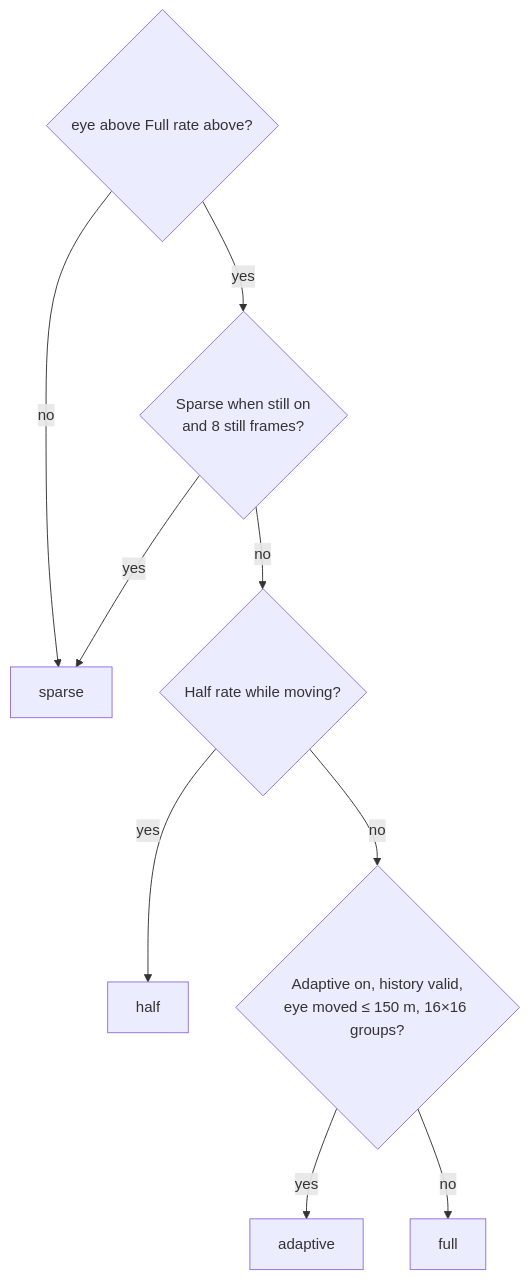
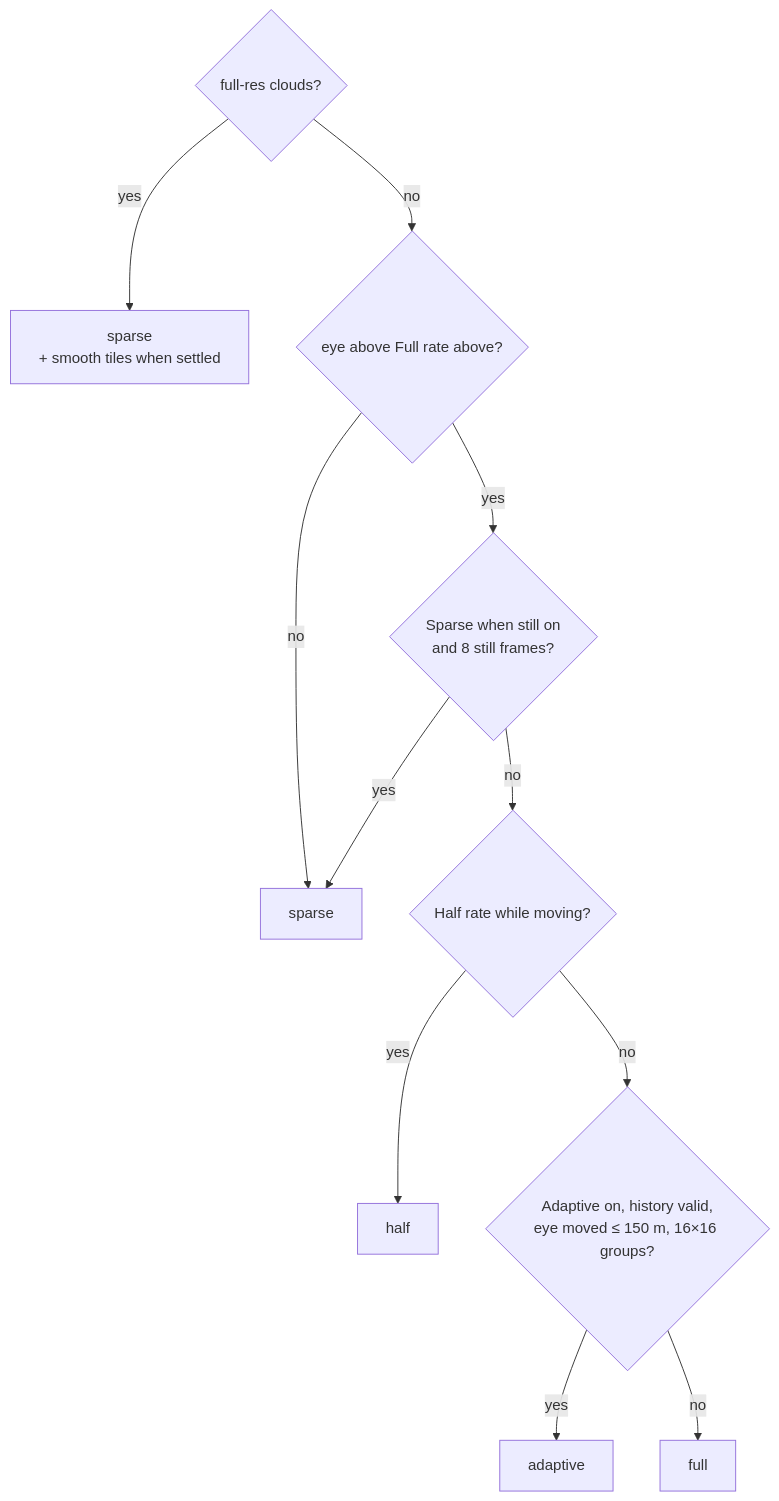
One commit to largepizza/SAT_LIGHT_SIM changed the second of 2 diagrams in wiki/rendering/clouds/temporal.md. Above: the diagram before and after it, drawn with Mermaid. The commit also changed other lines of this file and 4 other files, not shown here.

Commit message:
wiki: clouds pages: Sun transmittance volume, multiple scattering, full-res grid, storms in the cloud field

````diff
--- a/wiki/rendering/clouds/temporal.md
+++ b/wiki/rendering/clouds/temporal.md
@@ -65,11 +114,13 @@
 ```mermaid
 flowchart TD
-  H{eye above Full rate above?} -- no --> SP[sparse]
+  FR{full-res clouds?} -- yes --> SP[sparse<br/>+ smooth tiles when settled]
+  FR -- no --> H{eye above Full rate above?}
+  H -- no --> SP2[sparse]
   H -- yes --> ST{Sparse when still on<br/>and 8 still frames?}
-  ST -- yes --> SP
+  ST -- yes --> SP2
   ST -- no --> HR{Half rate while moving?}
   HR -- yes --> HALF[half]
   HR -- no --> AD{Adaptive on, history valid,<br/>eye moved ≤ 150 m, 16×16 groups?}
   AD -- yes --> ADA[adaptive]
   AD -- no --> FULL[full]
 ```
````
